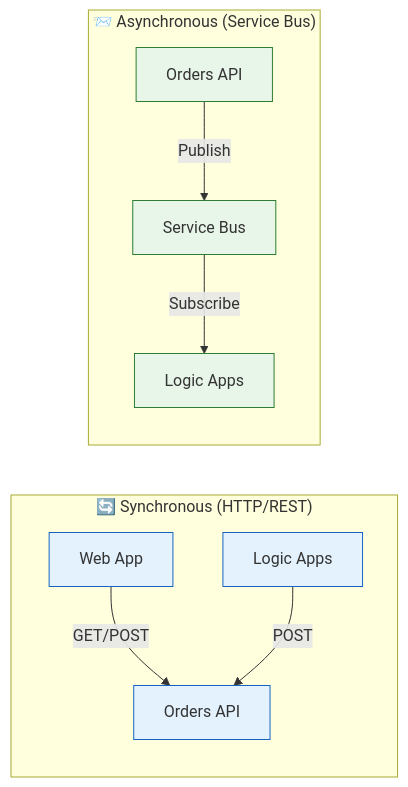
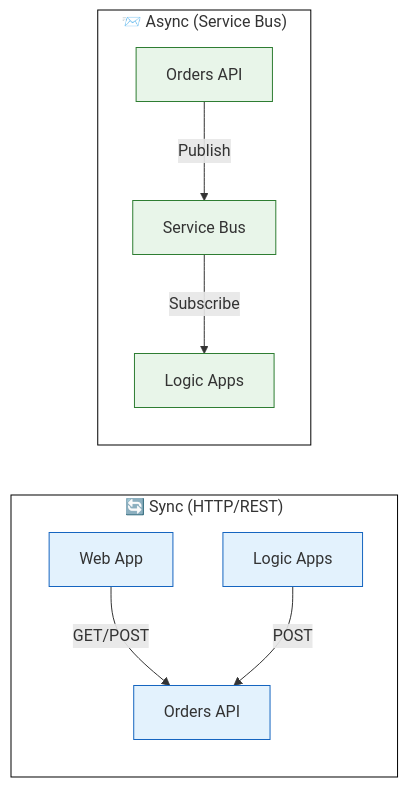
The fifth of 5 diagrams in docs/architecture/03-application-architecture.md (Evilazaro/Azure-LogicApps-Monitoring), drawn with Mermaid before and after one commit. The commit also changed other lines of this file and 2 other files, not shown here.

Commit message:
Refactor Mermaid diagrams for improved clarity and consistency across architecture documentation

````diff
--- a/docs/architecture/03-application-architecture.md
+++ b/docs/architecture/03-application-architecture.md
@@ -271,18 +274,28 @@
 ```mermaid
 flowchart LR
-    subgraph Sync["🔄 Synchronous (HTTP/REST)"]
-        Web["Web App"] -->|"GET/POST"| API["Orders API"]
-        LA["Logic Apps"] -->|"POST"| API
-    end
+ subgraph Sync["🔄 Sync (HTTP/REST)"]
+        API["Orders API"]
+        Web["Web App"]
+        LA["Logic Apps"]
+  end
+ subgraph Async["📨 Async (Service Bus)"]
+        SB["Service Bus"]
+        API2["Orders API"]
+        LA2["Logic Apps"]
+  end
+    Web -- GET/POST --> API
+    LA -- POST --> API
+    API2 -- Publish --> SB
+    SB -- Subscribe --> LA2
 
-    subgraph Async["📨 Asynchronous (Service Bus)"]
-        API2["Orders API"] -->|"Publish"| SB["Service Bus"]
-        SB -->|"Subscribe"| LA2["Logic Apps"]
-    end
-
+     API:::sync
+     Web:::sync
+     LA:::sync
+     SB:::async
+     API2:::async
+     LA2:::async
     classDef sync fill:#e3f2fd,stroke:#1565c0
     classDef async fill:#e8f5e9,stroke:#2e7d32
-
-    class Web,API,LA sync
-    class API2,SB,LA2 async
+    style Async stroke:#000000,fill:#FFFFFF
+    style Sync stroke:#000000,fill:#FFFFFF
 ```
````
